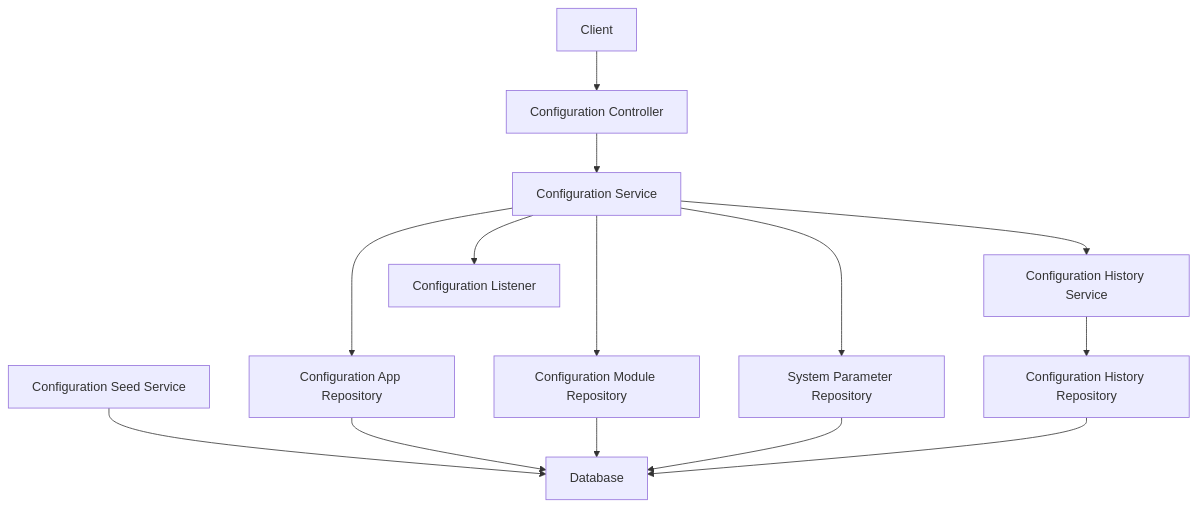
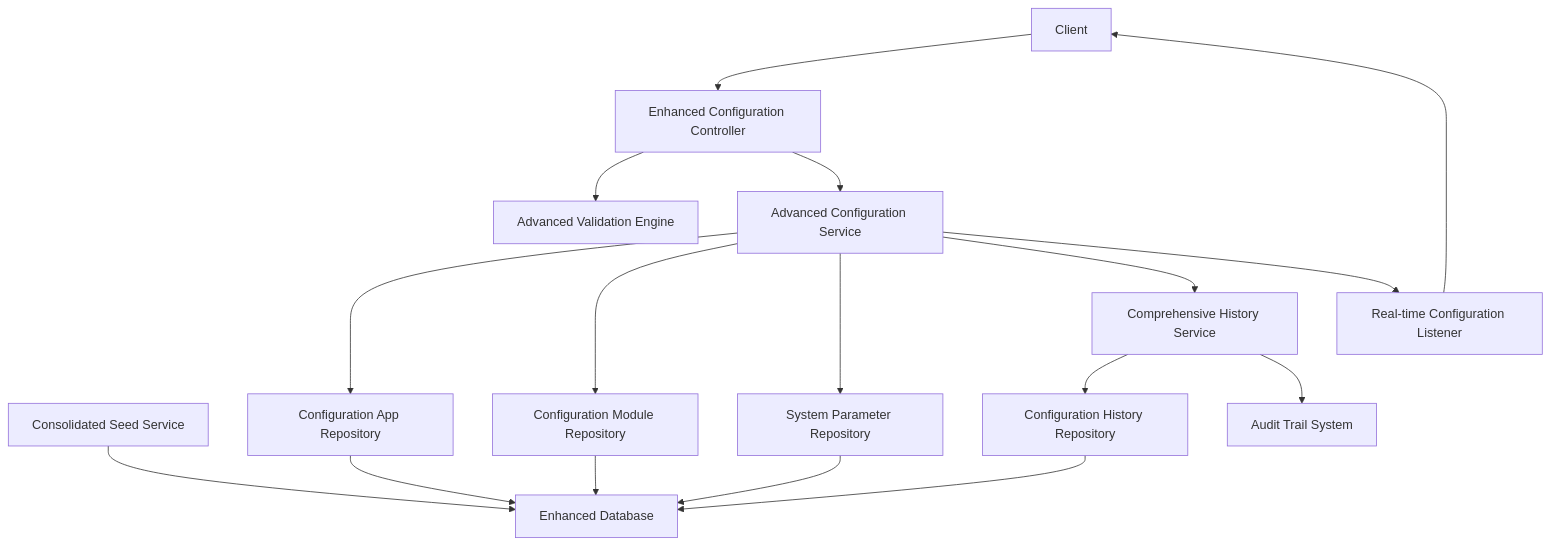
One commit to franckylab/eLISAschool changed the second of 9 diagrams in .qoder/repowiki/en/content/Modules & Features/Administrative Modules/Institutional Configuration.md. Above: the diagram before and after it, drawn with Mermaid. The commit also changed other lines of this file and 155 other files, not shown here.

````diff
--- a/.qoder/repowiki/en/content/Modules & Features/Administrative Modules/Institutional Configuration.md
+++ b/.qoder/repowiki/en/content/Modules & Features/Administrative Modules/Institutional Configuration.md
@@ -141,27 +165,32 @@
 ```mermaid
 graph TB
 Client["Client"]
-Ctrl["Configuration Controller"]
-Svc["Configuration Service"]
-HistSvc["Configuration History Service"]
-SeedSvc["Configuration Seed Service"]
-Listener["Configuration Listener"]
+Ctrl["Enhanced Configuration Controller"]
+Svc["Advanced Configuration Service"]
+HistSvc["Comprehensive History Service"]
+SeedSvc["Consolidated Seed Service"]
+Listener["Real-time Configuration Listener"]
+Validator["Advanced Validation Engine"]
 RepoApp["Configuration App Repository"]
 RepoMod["Configuration Module Repository"]
 RepoParam["System Parameter Repository"]
 RepoHist["Configuration History Repository"]
-DB["Database"]
+DB["Enhanced Database"]
+Audit["Audit Trail System"]
 Client --> Ctrl
+Ctrl --> Validator
 Ctrl --> Svc
 Svc --> RepoApp
 Svc --> RepoMod
 Svc --> RepoParam
 Svc --> HistSvc
 HistSvc --> RepoHist
+HistSvc --> Audit
 Svc --> Listener
 SeedSvc --> DB
 RepoApp --> DB
 RepoMod --> DB
 RepoParam --> DB
 RepoHist --> DB
+Listener --> Client
 ```
````
